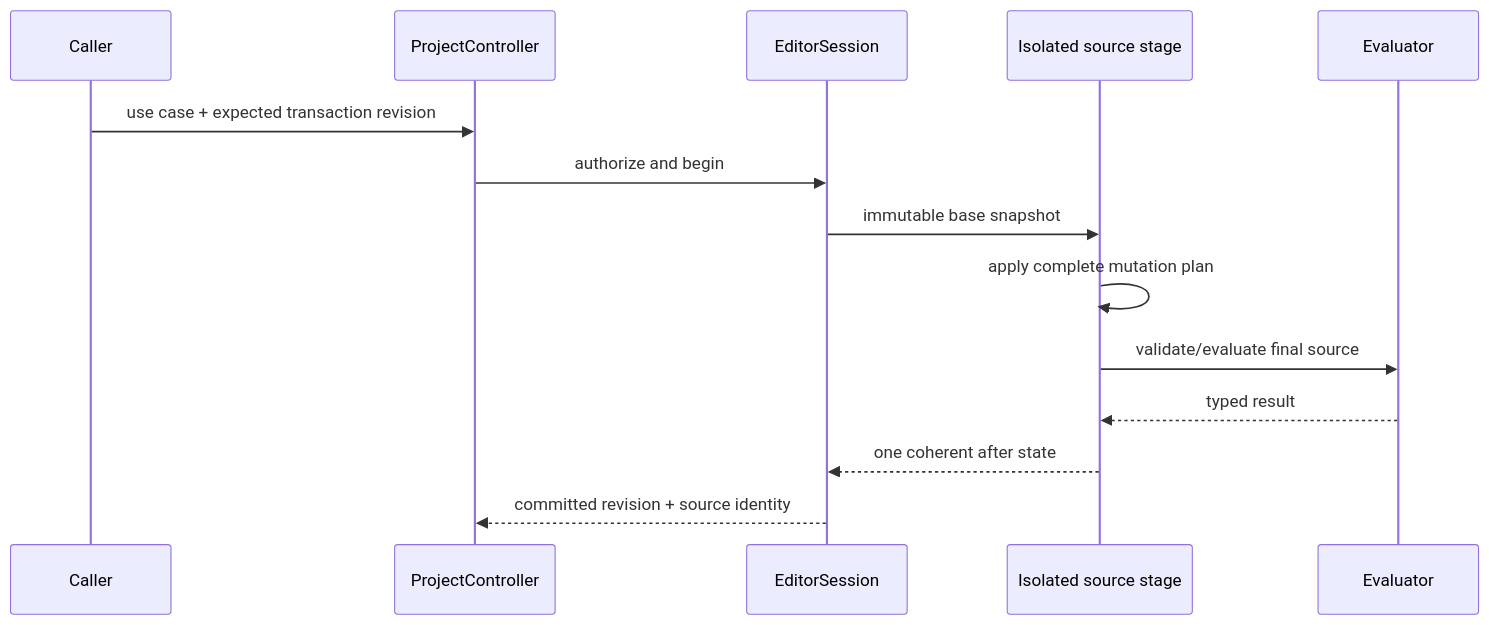
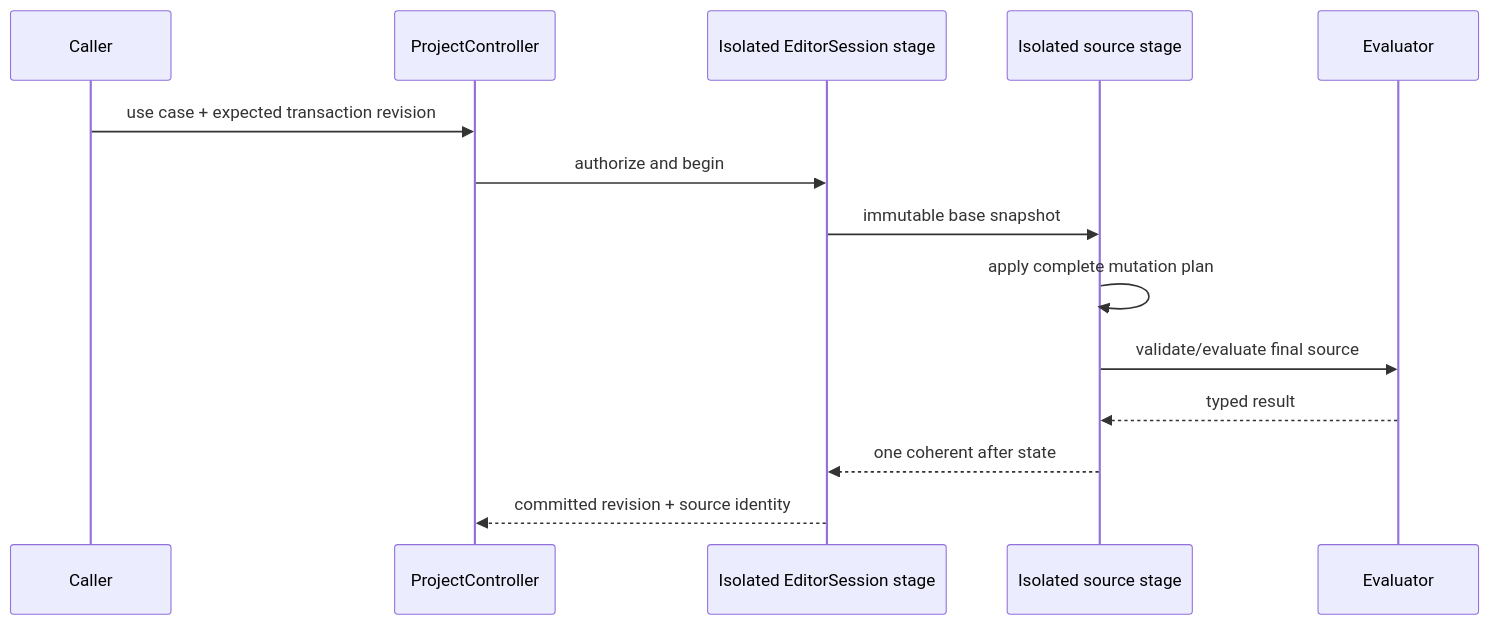
Before and after one commit to 1amageek/Rupa: the third of 3 diagrams in Rupa/STATE_AND_PROJECT_CONTRACT.md, drawn with Mermaid. The commit also changed other lines of this file and 5 other files, not shown here.

````diff
--- a/Rupa/STATE_AND_PROJECT_CONTRACT.md
+++ b/Rupa/STATE_AND_PROJECT_CONTRACT.md
@@ -128,17 +140,17 @@
 ```mermaid
 sequenceDiagram
     participant Caller
     participant Project as ProjectController
-    participant Session as EditorSession
+    participant Session as Isolated EditorSession stage
     participant Stage as Isolated source stage
     participant Eval as Evaluator
 
     Caller->>Project: use case + expected transaction revision
     Project->>Session: authorize and begin
     Session->>Stage: immutable base snapshot
     Stage->>Stage: apply complete mutation plan
     Stage->>Eval: validate/evaluate final source
     Eval-->>Stage: typed result
     Stage-->>Session: one coherent after state
     Session-->>Project: committed revision + source identity
 ```
````
